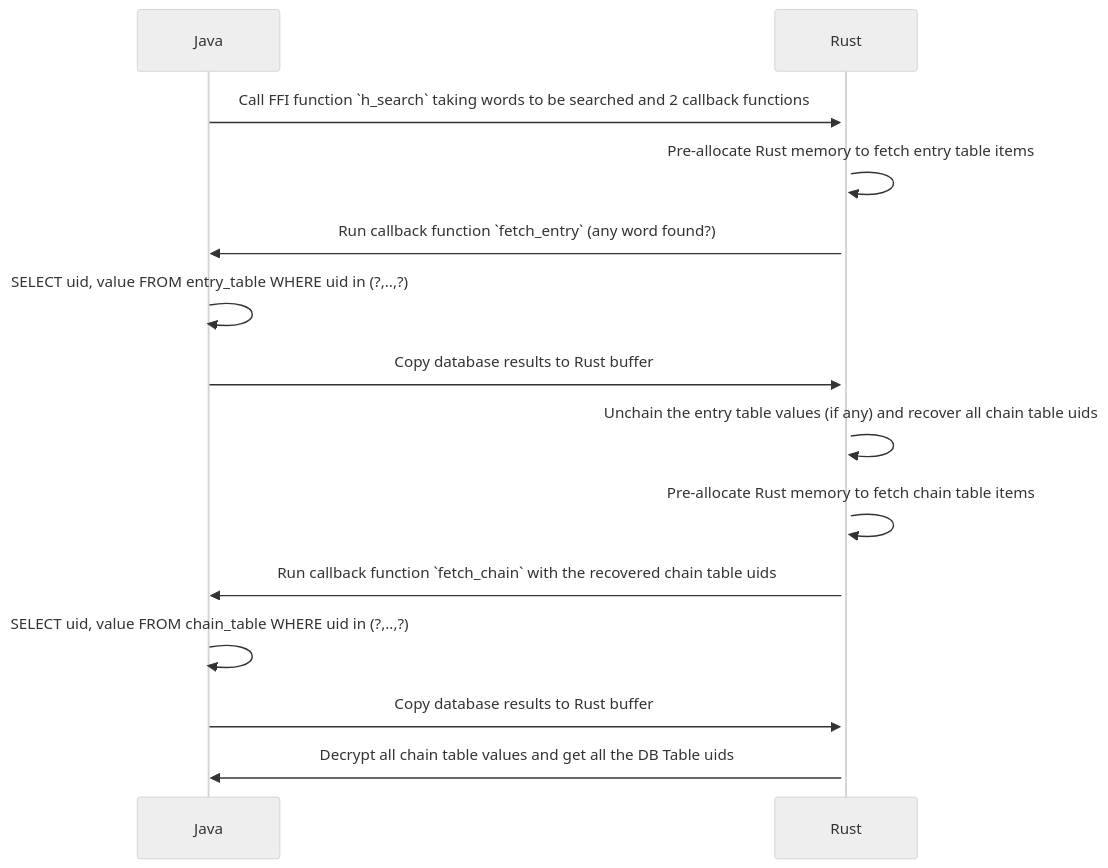
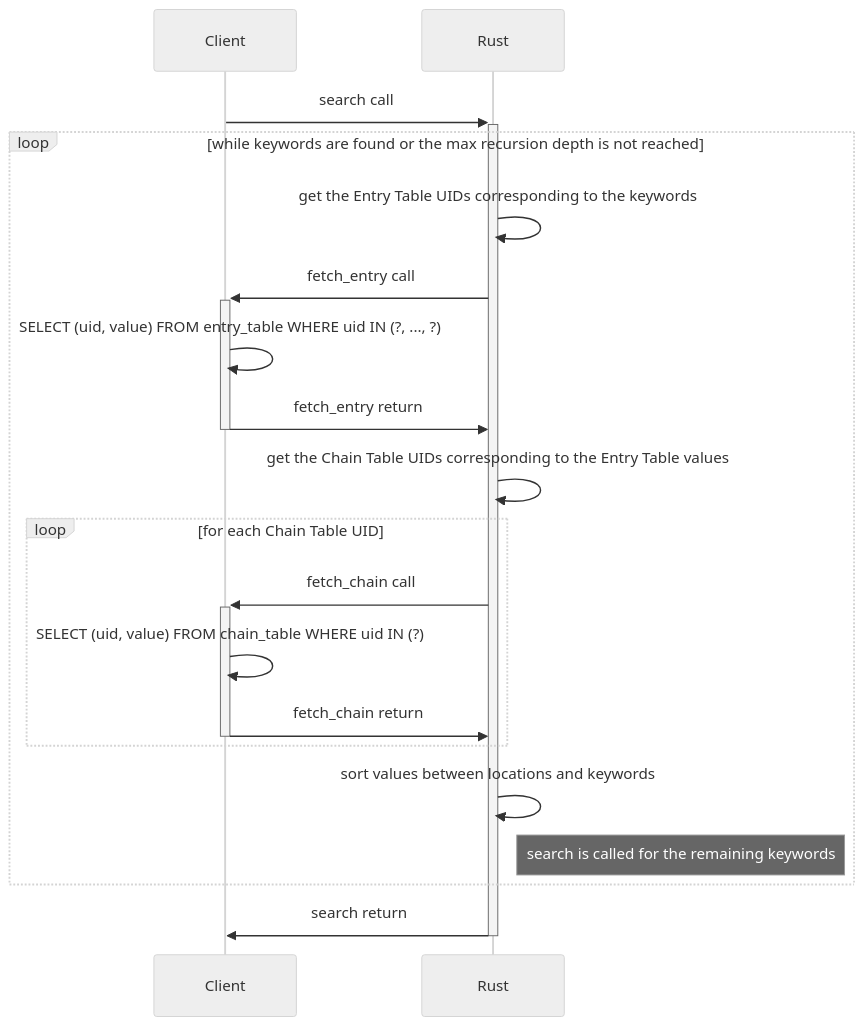
Before and after one commit to Cosmian/cloudproof_js: the second of 4 diagrams in src/pkg/findex/README.md, drawn with Mermaid (neutral theme). The commit also changed other lines of this file and 14 other files, not shown here.

````diff
--- a/src/pkg/findex/README.md
+++ b/src/pkg/findex/README.md
@@ -120,14 +199,21 @@
 ```mermaid
 sequenceDiagram
-    Java->>+Rust: Call FFI function `h_search` taking words to be searched and 2 callback functions
-    Rust->>Rust: Pre-allocate Rust memory to fetch entry table items
-    Rust->>Java: Run callback function `fetch_entry` (any word found?)
-    Java->>Java: SELECT uid, value FROM entry_table WHERE uid in (?,..,?)
-    Java->>Rust: Copy database results to Rust buffer
-    Rust->>Rust: Unchain the entry table values (if any) and recover all chain table uids
-    Rust->>Rust: Pre-allocate Rust memory to fetch chain table items
-    Rust->>Java: Run callback function `fetch_chain` with the recovered chain table uids
-    Java->>Java: SELECT uid, value FROM chain_table WHERE uid in (?,..,?)
-    Java->>Rust: Copy database results to Rust buffer
-    Rust->>Java: Decrypt all chain table values and get all the DB Table uids
+    participant C as Client
+    participant R as Rust
+    C->>+R: search call
+    loop while keywords are found or the max recursion depth is not reached
+    R->>R: get the Entry Table UIDs corresponding to the keywords
+    R->>+C: fetch_entry call
+    C->>C: SELECT (uid, value) FROM entry_table WHERE uid IN (?, ..., ?)
+    C->>-R: fetch_entry return
+    R->>R: get the Chain Table UIDs corresponding to the Entry Table values
+    loop for each Chain Table UID
+    R->>+C: fetch_chain call
+    C->>C: SELECT (uid, value) FROM chain_table WHERE uid IN (?)
+    C->>-R: fetch_chain return
+    end
+    R->>R: sort values between locations and keywords
+    Note right of R: search is called for the remaining keywords
+    end
+    R->>-C: search return
 ```
````
